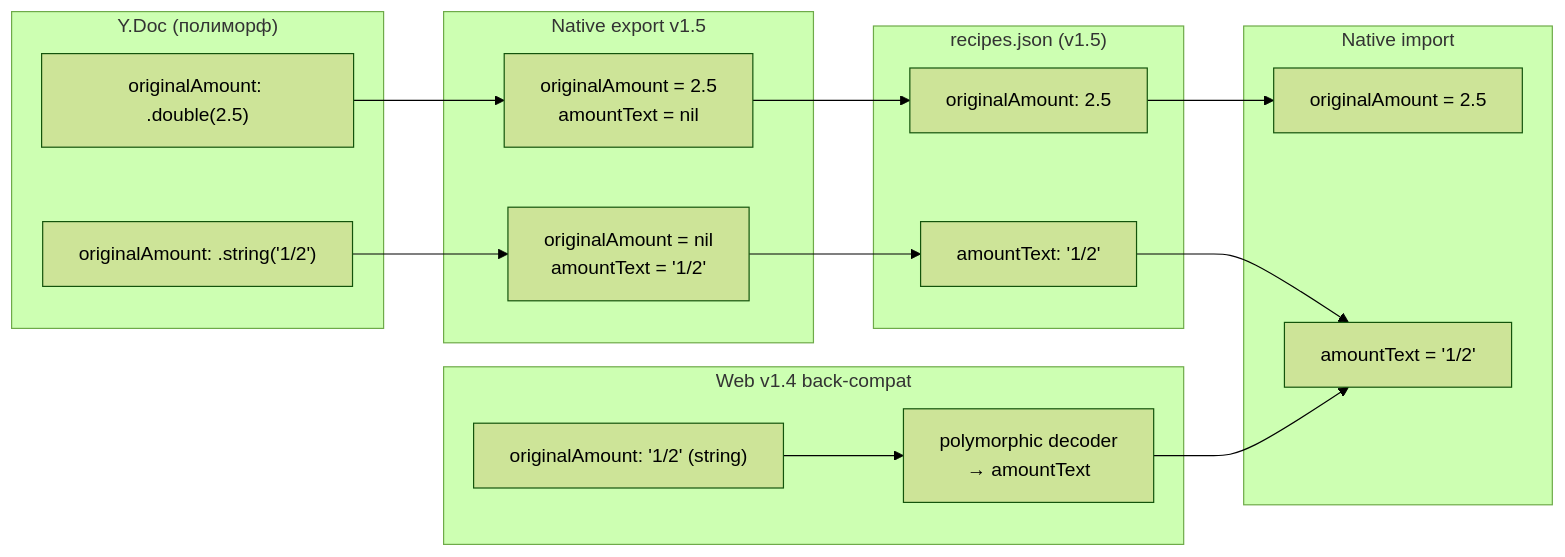
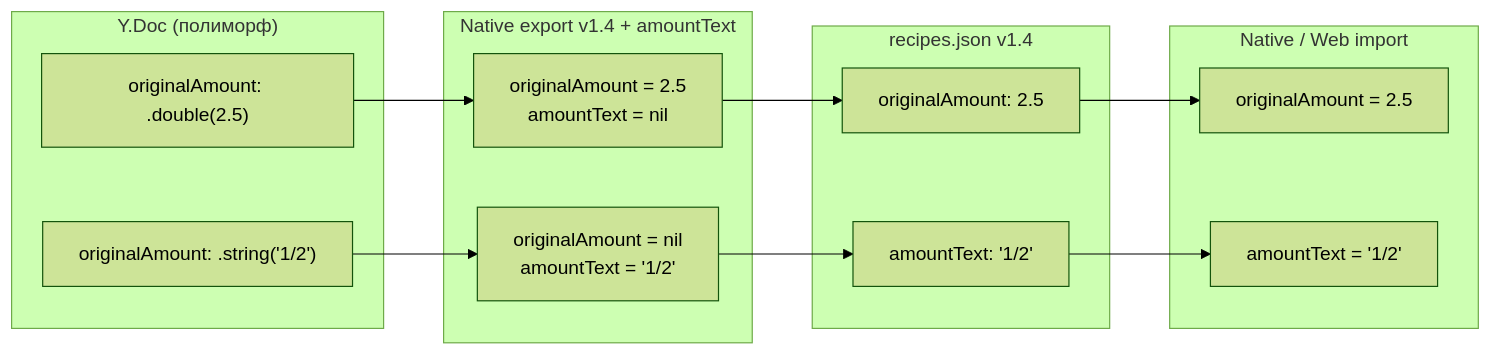
Before and after one commit to mikeozornin/recipe-scaler-native: the diagram in specs/033-native-export-amount-text/spec.md, drawn with Mermaid (forest theme). The commit also changed other lines of this file and 12 other files, not shown here.

First line of the commit message:
fix(export): keep v1.4 wire format with amountText extension

````diff
--- a/specs/033-native-export-amount-text/spec.md
+++ b/specs/033-native-export-amount-text/spec.md
@@ -48,32 +50,25 @@
 ```mermaid
 flowchart LR
     subgraph YDoc["Y.Doc (полиморф)"]
         D1["originalAmount: .double(2.5)"]
         D2["originalAmount: .string('1/2')"]
     end
 
-    subgraph Export["Native export v1.5"]
+    subgraph Export["Native export v1.4 + amountText"]
         E1["originalAmount = 2.5<br/>amountText = nil"]
         E2["originalAmount = nil<br/>amountText = '1/2'"]
     end
 
-    subgraph JSON["recipes.json (v1.5)"]
+    subgraph JSON["recipes.json v1.4"]
         J1["originalAmount: 2.5"]
         J2["amountText: '1/2'"]
     end
 
-    subgraph Import["Native import"]
+    subgraph Import["Native / Web import"]
         I1["originalAmount = 2.5"]
         I2["amountText = '1/2'"]
     end
 
     D1 --> E1 --> J1 --> I1
     D2 --> E2 --> J2 --> I2
-
-    subgraph WebCompat["Web v1.4 back-compat"]
-        W1["originalAmount: '1/2' (string)"]
-        W2["polymorphic decoder<br/>→ amountText"]
-    end
-
-    W1 --> W2 --> I2
 ```
````
